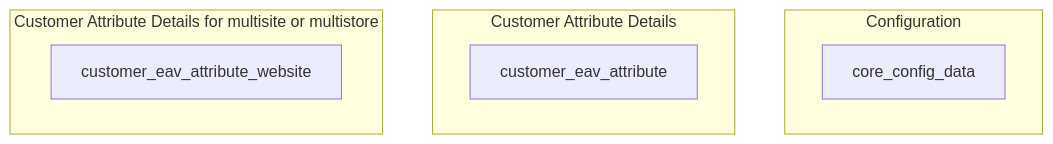
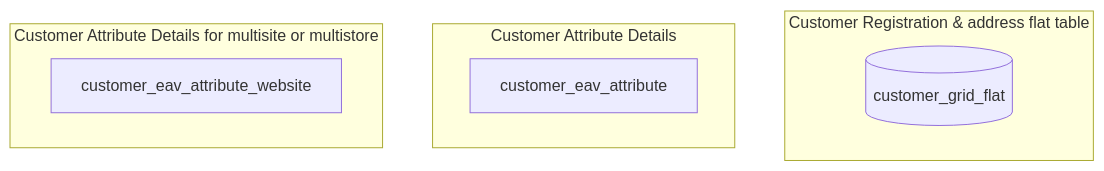
Before and after one commit to lalittmohan/magento2-concept-book: the fifth of 5 diagrams in docs/architecture/db.md, drawn with Mermaid. The commit also changed other lines of this file, not shown here.

````diff
--- a/docs/architecture/db.md
+++ b/docs/architecture/db.md
@@ -133,12 +133,12 @@
 ```mermaid
 flowchart TB
-  subgraph Configuration
-    core_config_data
+  subgraph Customer Registration & address flat table
+    customer_grid_flat[(customer_grid_flat)]
     end
     subgraph Customer Attribute Details
     customer_eav_attribute
     end
     subgraph Customer Attribute Details for multisite or multistore
     customer_eav_attribute_website
     end
 ```
````
